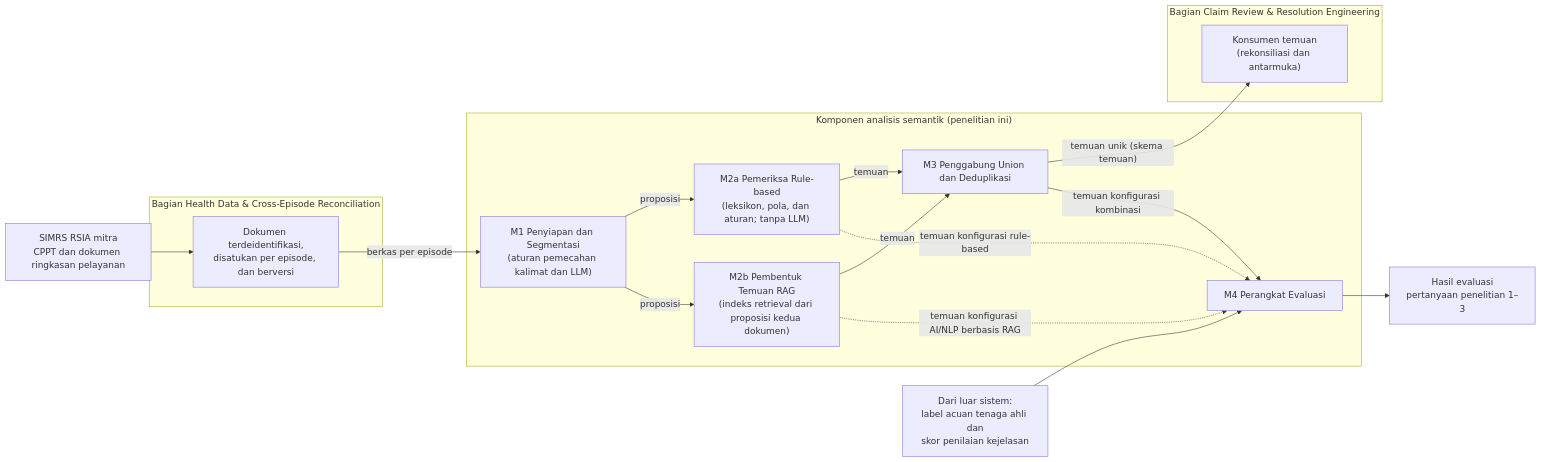
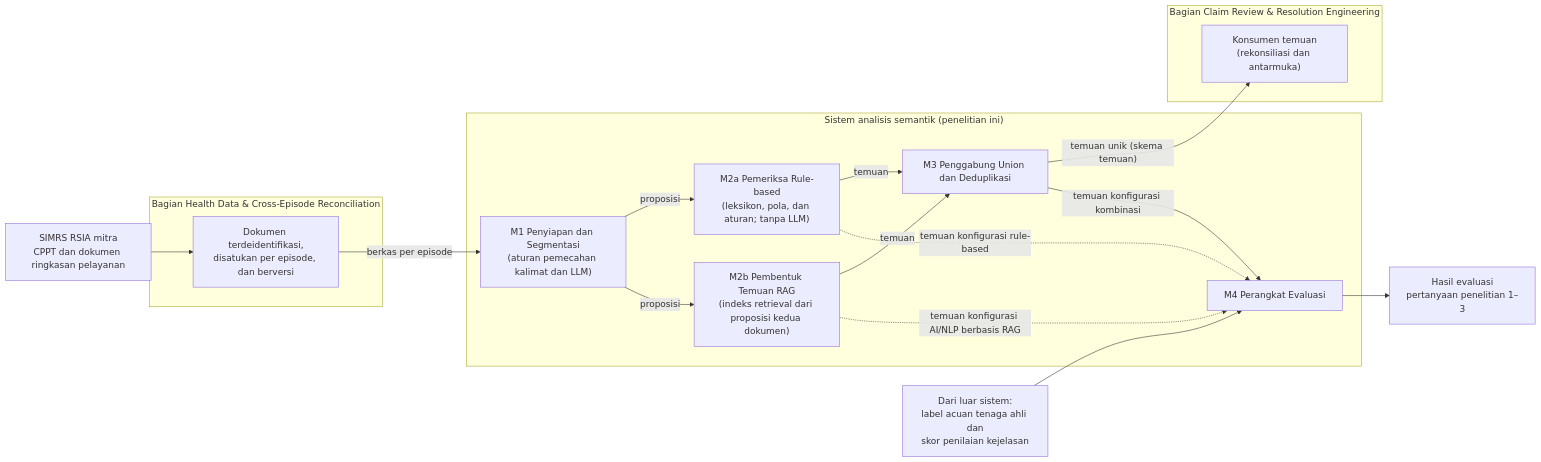
The diagram in bab3/Bab_III_Draft.md (danenftyessir/project-proposal), drawn with Mermaid before and after one commit. The commit also changed other lines of this file and 12 other files, not shown here.

````diff
--- a/bab3/Bab_III_Draft.md
+++ b/bab3/Bab_III_Draft.md
@@ -102,31 +35,31 @@
 ```mermaid
 flowchart LR
   SIMRS["SIMRS RSIA mitra<br/>CPPT dan dokumen ringkasan pelayanan"]
   subgraph HD["Bagian Health Data & Cross-Episode Reconciliation"]
     HD1["Dokumen terdeidentifikasi,<br/>disatukan per episode, dan berversi"]
   end
-  subgraph AS["Komponen analisis semantik (penelitian ini)"]
+  subgraph AS["Sistem analisis semantik (penelitian ini)"]
     M1["M1 Penyiapan dan Segmentasi<br/>(aturan pemecahan kalimat dan LLM)"]
     M2a["M2a Pemeriksa Rule-based<br/>(leksikon, pola, dan aturan; tanpa LLM)"]
     M2b["M2b Pembentuk Temuan RAG<br/>(indeks retrieval dari proposisi kedua dokumen)"]
     M3["M3 Penggabung Union dan Deduplikasi"]
     M4["M4 Perangkat Evaluasi"]
   end
   subgraph CR["Bagian Claim Review & Resolution Engineering"]
     CR1["Konsumen temuan<br/>(rekonsiliasi dan antarmuka)"]
   end
   EXT["Dari luar sistem:<br/>label acuan tenaga ahli dan<br/>skor penilaian kejelasan"]
   OUT["Hasil evaluasi<br/>pertanyaan penelitian 1–3"]
   SIMRS --> HD1
   HD1 -- "berkas per episode" --> M1
   M1 -- "proposisi" --> M2a
   M1 -- "proposisi" --> M2b
   M2a -- "temuan" --> M3
   M2b -- "temuan" --> M3
   M3 -- "temuan unik (skema temuan)" --> CR1
   M2a -. "temuan konfigurasi rule-based" .-> M4
   M2b -. "temuan konfigurasi AI/NLP berbasis RAG" .-> M4
   M3 -- "temuan konfigurasi kombinasi" --> M4
   EXT --> M4
   M4 --> OUT
 ```
````
